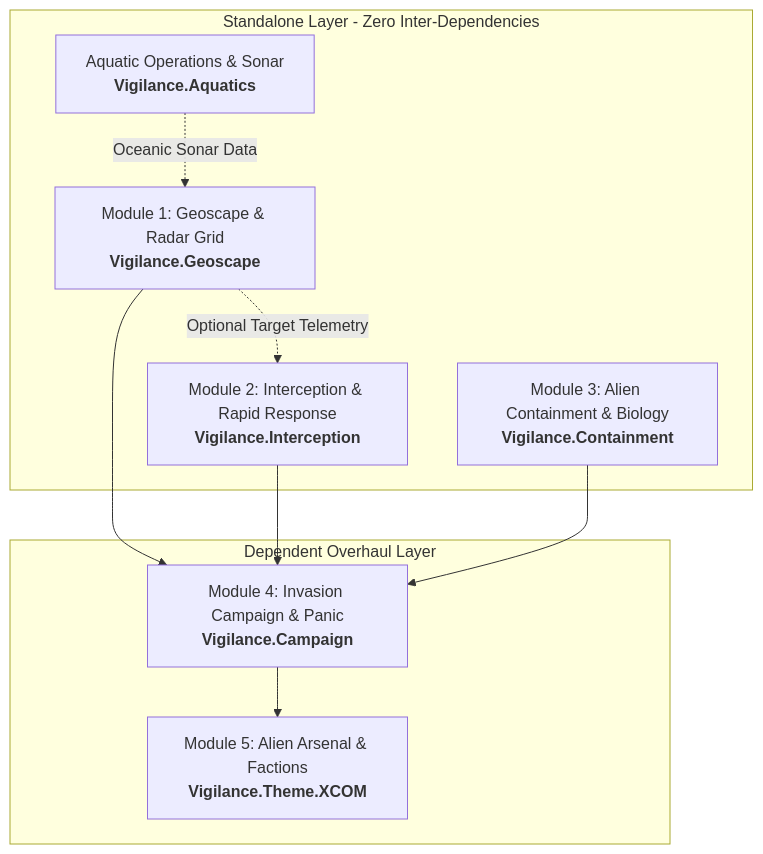
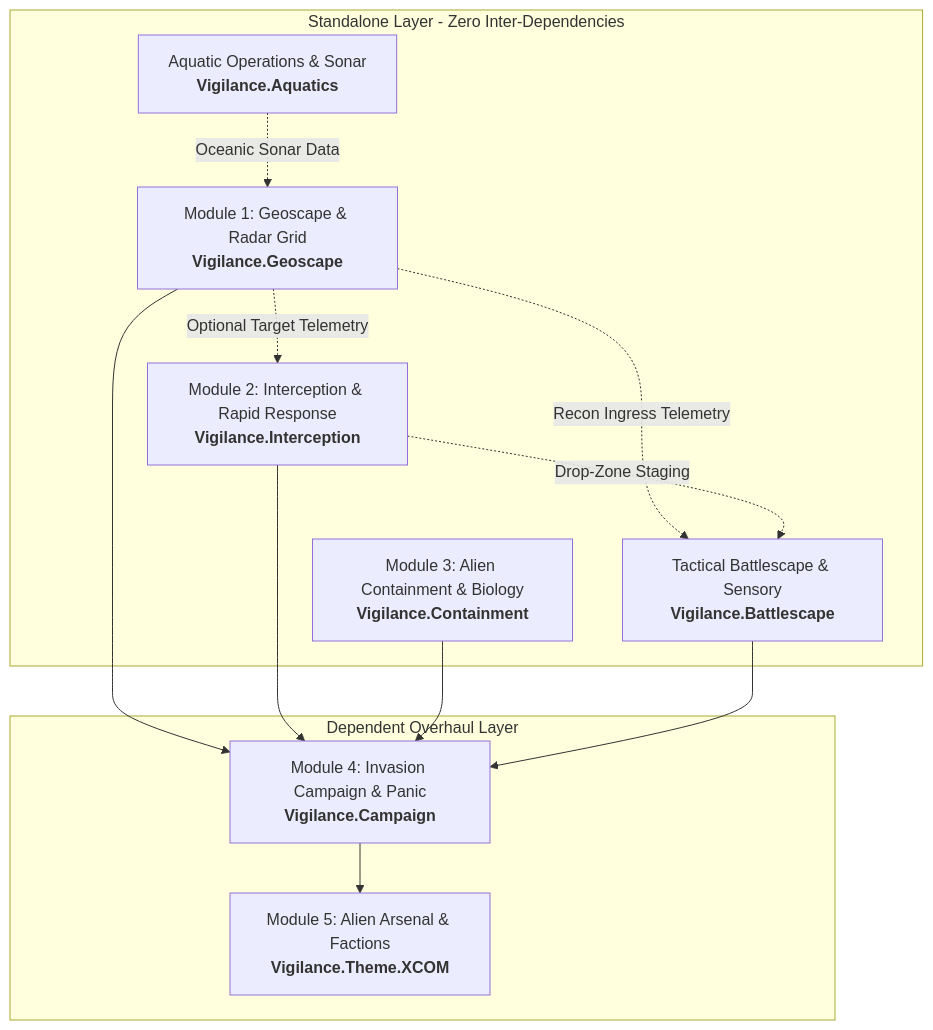
One commit to CTOUT/Project-Vigilance changed the diagram in docs/architecture/modular-system.md. Above: the diagram before and after it, drawn with Mermaid. The commit also changed other lines of this file and 4 other files, not shown here.

Commit message:
docs(battlescape): specify tactical fog of war, sensory models, and anti-killbox AI

````diff
--- a/docs/architecture/modular-system.md
+++ b/docs/architecture/modular-system.md
@@ -66,21 +67,25 @@
 ```mermaid
 graph TD
     subgraph Standalone Frameworks [Standalone Layer - Zero Inter-Dependencies]
         M1[Module 1: Geoscape & Radar Grid<br><b>Vigilance.Geoscape</b>]
         M2[Module 2: Interception & Rapid Response<br><b>Vigilance.Interception</b>]
         M3[Module 3: Alien Containment & Biology<br><b>Vigilance.Containment</b>]
         AQ[Aquatic Operations & Sonar<br><b>Vigilance.Aquatics</b>]
+        BS[Tactical Battlescape & Sensory<br><b>Vigilance.Battlescape</b>]
     end
 
     subgraph Campaign Layer [Dependent Overhaul Layer]
         M4[Module 4: Invasion Campaign & Panic<br><b>Vigilance.Campaign</b>]
         M5[Module 5: Alien Arsenal & Factions<br><b>Vigilance.Theme.XCOM</b>]
     end
 
     M1 -.->|Optional Target Telemetry| M2
+    M1 -.->|Recon Ingress Telemetry| BS
+    M2 -.->|Drop-Zone Staging| BS
     M1 --> M4
     M2 --> M4
     M3 --> M4
+    BS --> M4
     AQ -.->|Oceanic Sonar Data| M1
     M4 --> M5
 ```
````
